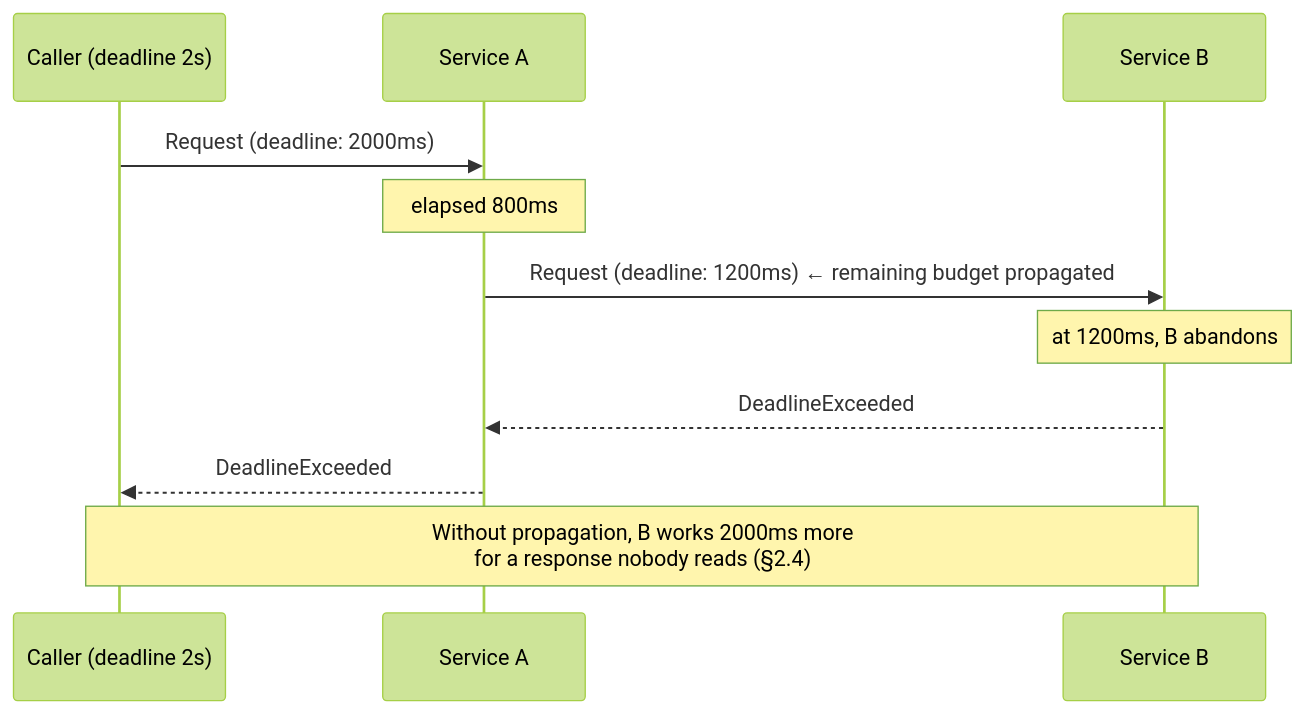
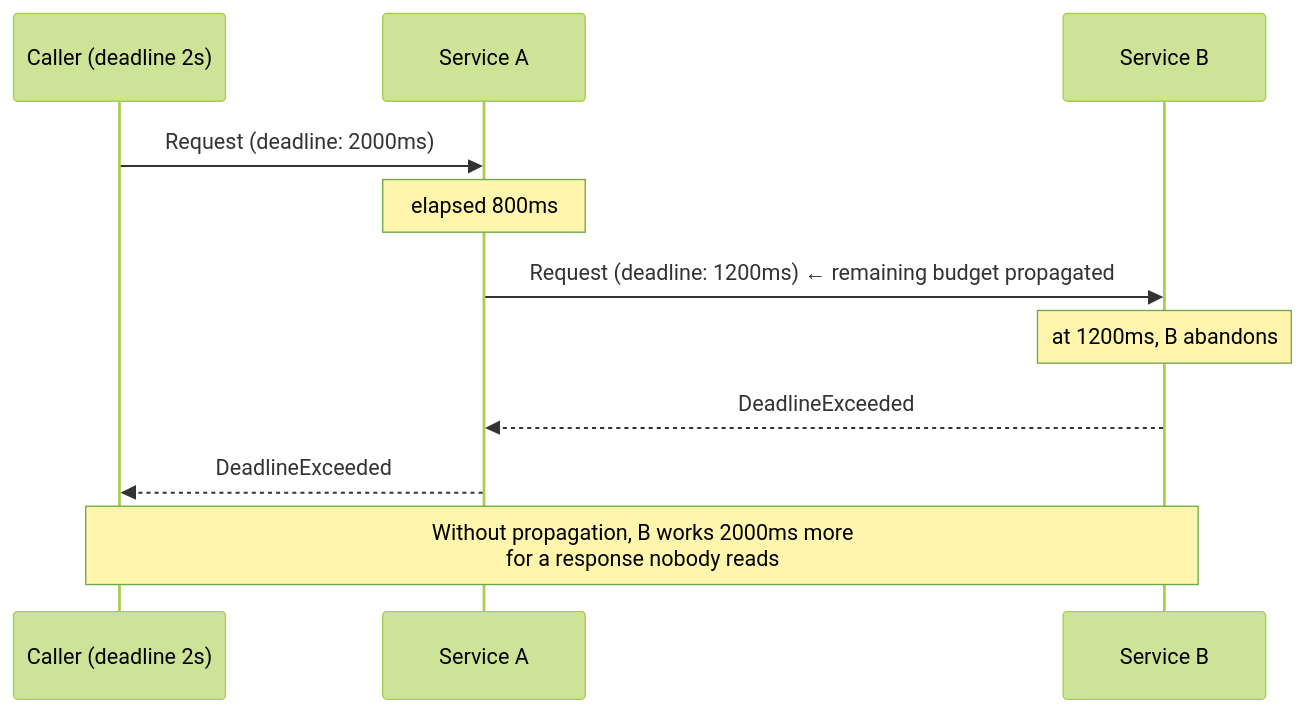
Before and after one commit to umashankarp/InterviewQuestions: the second of 4 diagrams in 17-Microservices/05-Service-Discovery-Communication-Infrastructure-Backpressure.md, drawn with Mermaid (forest theme). The commit also changed other lines of this file and 173 other files, not shown here.

````diff
--- a/17-Microservices/05-Service-Discovery-Communication-Infrastructure-Backpressure.md
+++ b/17-Microservices/05-Service-Discovery-Communication-Infrastructure-Backpressure.md
@@ -85,14 +85,14 @@
 ```mermaid
 sequenceDiagram
-    participant C as Caller (deadline 2s)
-    participant A as Service A
-    participant B as Service B
+ participant C as Caller (deadline 2s)
+ participant A as Service A
+ participant B as Service B
 
-    C->>A: Request (deadline: 2000ms)
-    Note over A: elapsed 800ms
-    A->>B: Request (deadline: 1200ms)  ← remaining budget propagated
-    Note over B: at 1200ms, B abandons
-    B-->>A: DeadlineExceeded
-    A-->>C: DeadlineExceeded
-    Note over C,B: Without propagation, B works 2000ms more<br/>for a response nobody reads (§2.4)
+ C->>A: Request (deadline: 2000ms)
+ Note over A: elapsed 800ms
+ A->>B: Request (deadline: 1200ms) ← remaining budget propagated
+ Note over B: at 1200ms, B abandons
+ B-->>A: DeadlineExceeded
+ A-->>C: DeadlineExceeded
+ Note over C,B: Without propagation, B works 2000ms more<br/>for a response nobody reads
 ```
````
